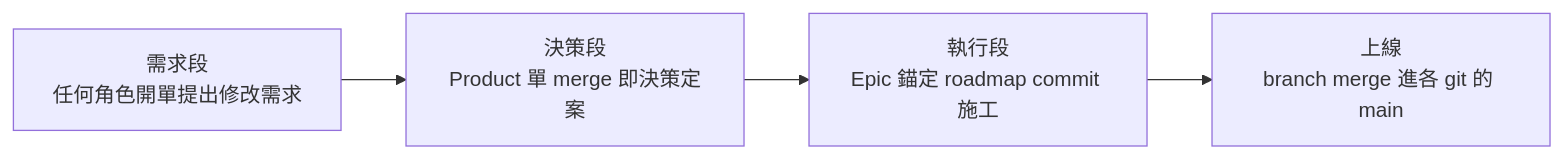
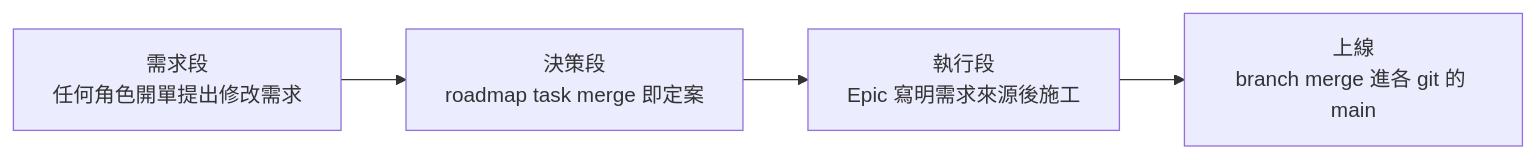
One commit to almightyken0425/KnowledgeVault changed the first of 2 diagrams in no03_Product_Management_Guide/no1_Product_Management_Foundation/no3_igotthis_system_concept/no5_end_to_end_flow.md. Above: the diagram before and after it, drawn with Mermaid. The commit also changed other lines of this file and 7 other files, not shown here.

````diff
--- a/no03_Product_Management_Guide/no1_Product_Management_Foundation/no3_igotthis_system_concept/no5_end_to_end_flow.md
+++ b/no03_Product_Management_Guide/no1_Product_Management_Foundation/no3_igotthis_system_concept/no5_end_to_end_flow.md
@@ -9,6 +9,6 @@
 ```mermaid
 flowchart LR
-    A["需求段<br/>任何角色開單提出修改需求"] --> B["決策段<br/>Product 單 merge 即決策定案"]
-    B --> C["執行段<br/>Epic 錨定 roadmap commit 施工"]
+    A["需求段<br/>任何角色開單提出修改需求"] --> B["決策段<br/>roadmap task merge 即定案"]
+    B --> C["執行段<br/>Epic 寫明需求來源後施工"]
     C --> D["上線<br/>branch merge 進各 git 的 main"]
 ```
````
